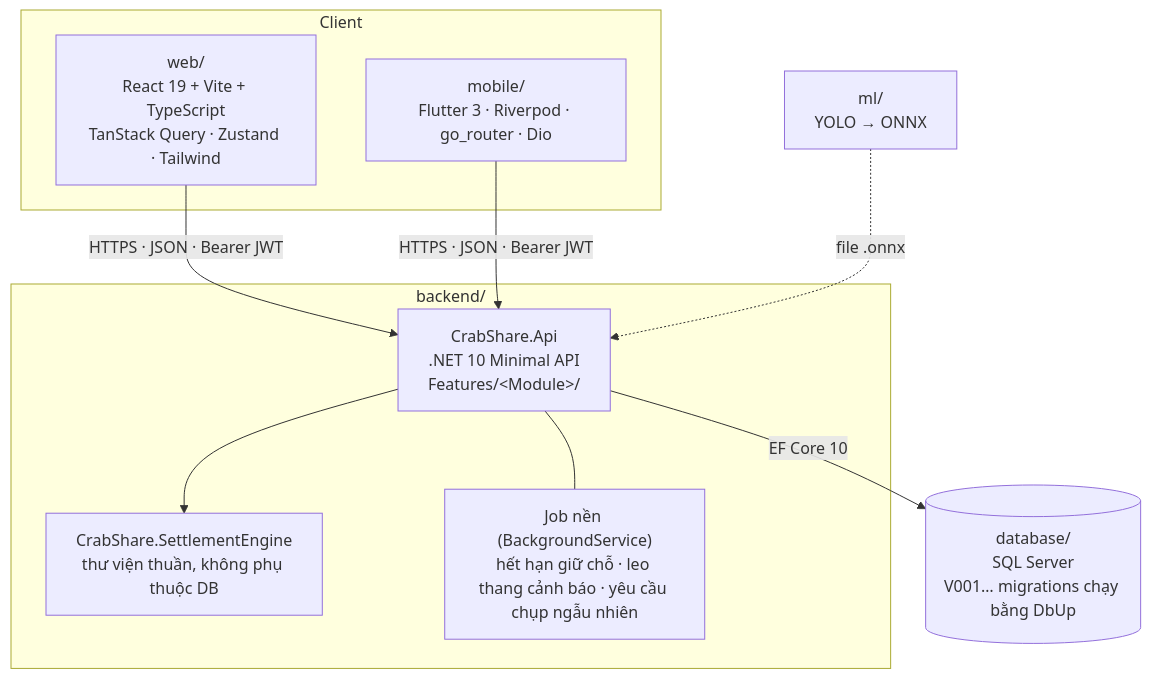
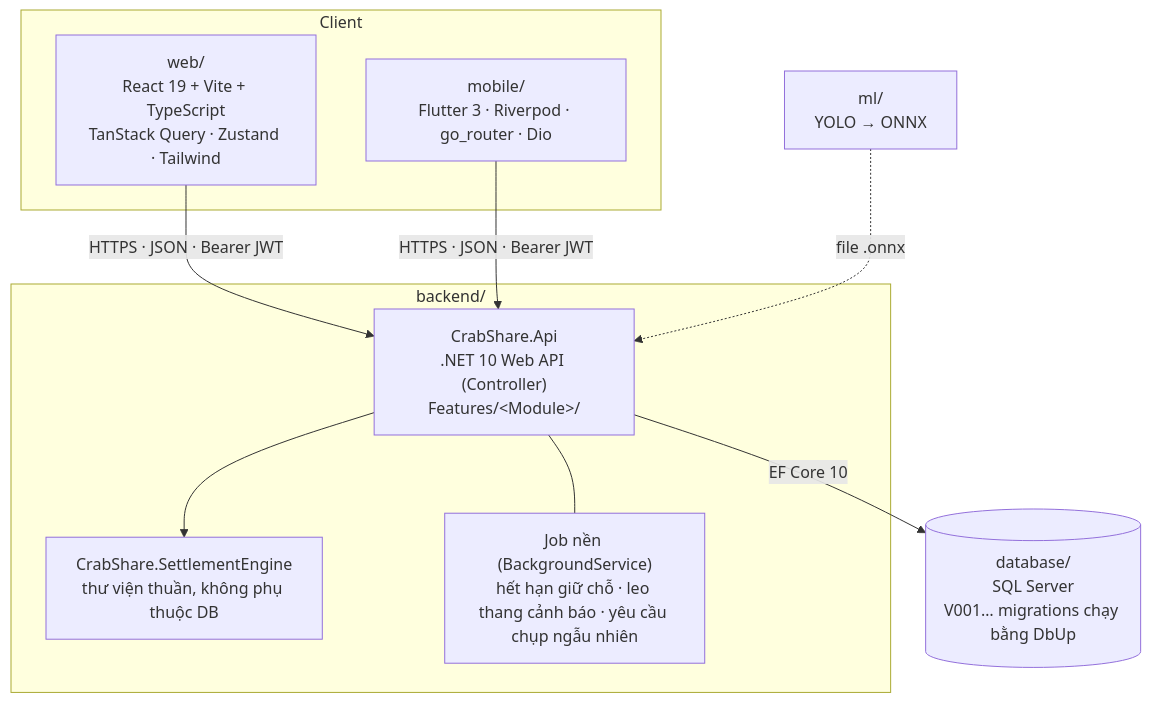
Before and after one commit to thienhoibai/crabshare: the second of 5 diagrams in docs/architecture.md, drawn with Mermaid. The commit also changed other lines of this file and 16 other files, not shown here.

First line of the commit message:
refactor(api): switch from Minimal API to controllers

````diff
--- a/docs/architecture.md
+++ b/docs/architecture.md
@@ -52,19 +52,19 @@
 ```mermaid
 flowchart TB
     subgraph Client
         W["web/<br/>React 19 + Vite + TypeScript<br/>TanStack Query · Zustand · Tailwind"]
         M["mobile/<br/>Flutter 3 · Riverpod · go_router · Dio"]
     end
     subgraph Server["backend/"]
-        A["CrabShare.Api<br/>.NET 10 Minimal API<br/>Features/&lt;Module&gt;/"]
+        A["CrabShare.Api<br/>.NET 10 Web API (Controller)<br/>Features/&lt;Module&gt;/"]
         S["CrabShare.SettlementEngine<br/>thư viện thuần, không phụ thuộc DB"]
         J["Job nền (BackgroundService)<br/>hết hạn giữ chỗ · leo thang cảnh báo · yêu cầu chụp ngẫu nhiên"]
         A --> S
         A --- J
     end
     D[("database/<br/>SQL Server<br/>V001… migrations chạy bằng DbUp")]
     ML["ml/<br/>YOLO → ONNX"]
     W & M -->|HTTPS · JSON · Bearer JWT| A
     A -->|EF Core 10| D
     ML -.->|file .onnx| A
 ```
````
